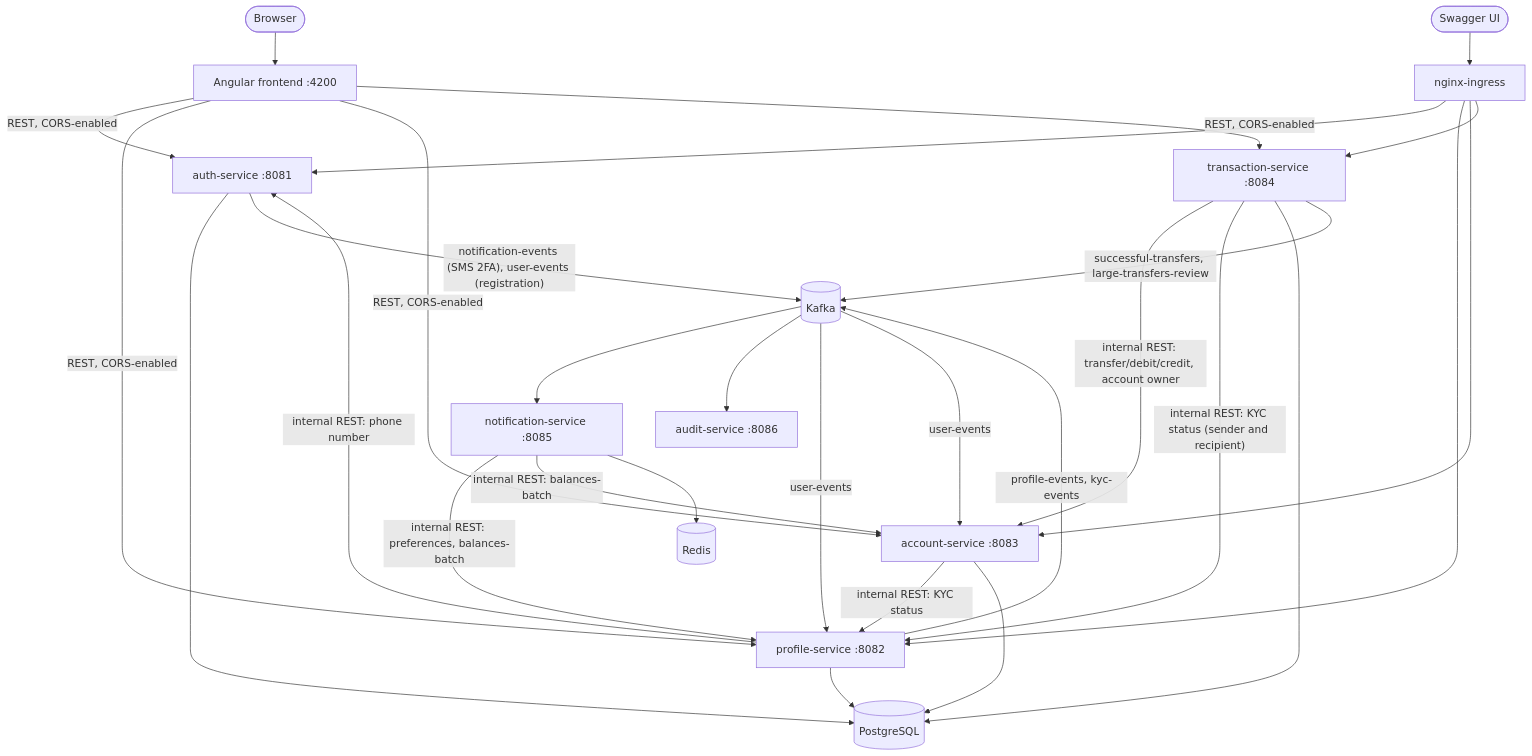
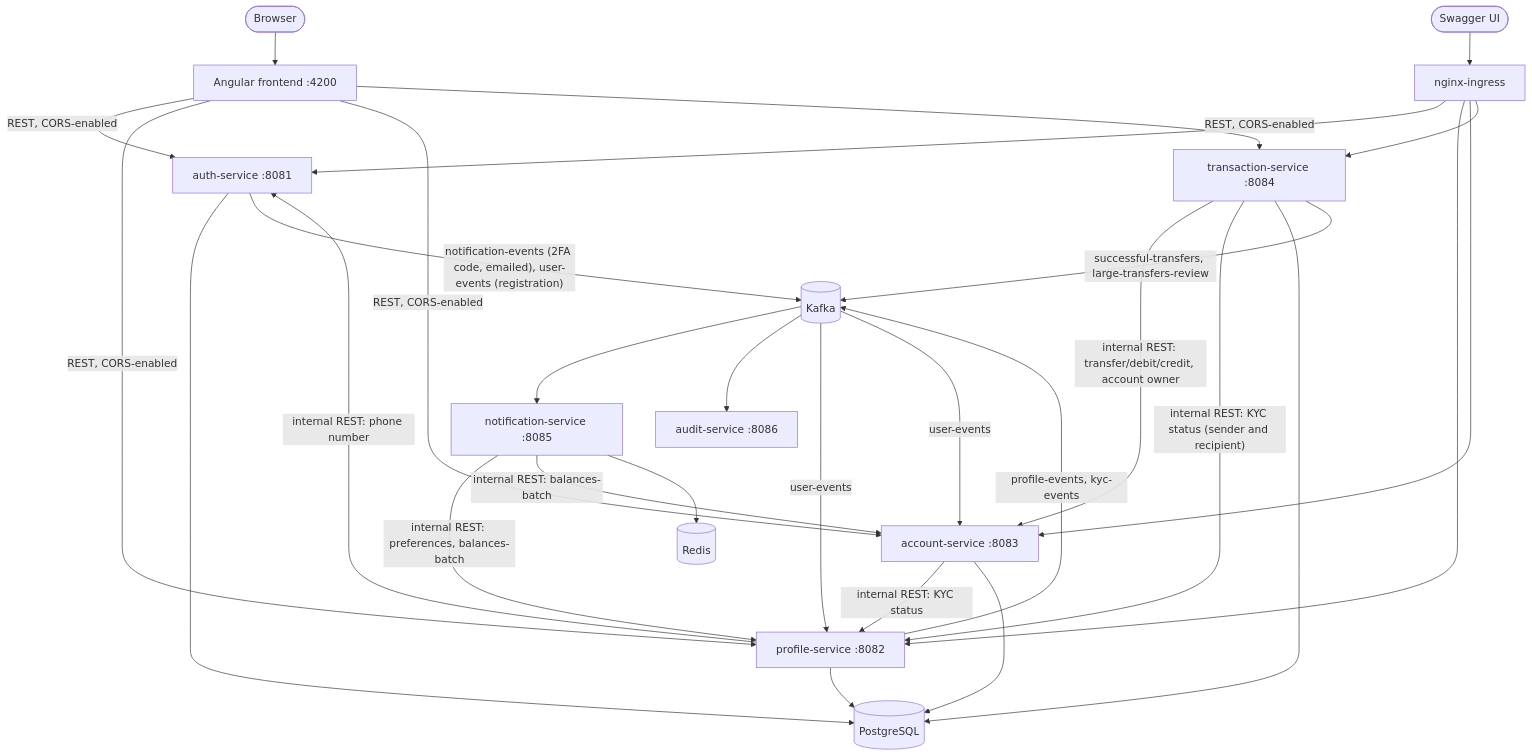
One commit to Kattempudi-John/banking-app-microservices changed the diagram in README.md. Above: the diagram before and after it, drawn with Mermaid. The commit also changed other lines of this file and 32 other files, not shown here.

````diff
--- a/README.md
+++ b/README.md
@@ -7,51 +7,51 @@
 ```mermaid
 graph TD
     Browser([Browser])
     Frontend[Angular frontend :4200]
     Client([Swagger UI])
     Ingress[nginx-ingress]
 
     Auth[auth-service :8081]
     Profile[profile-service :8082]
     Account[account-service :8083]
     Txn[transaction-service :8084]
     Notif[notification-service :8085]
     Audit[audit-service :8086]
 
     PG[(PostgreSQL)]
     Kafka[(Kafka)]
     Redis[(Redis)]
 
     Browser --> Frontend
     Frontend -- "REST, CORS-enabled" --> Auth
     Frontend -- "REST, CORS-enabled" --> Profile
     Frontend -- "REST, CORS-enabled" --> Account
     Frontend -- "REST, CORS-enabled" --> Txn
     Client --> Ingress
     Ingress --> Auth
     Ingress --> Profile
     Ingress --> Account
     Ingress --> Txn
 
     Txn -- "internal REST: transfer/debit/credit, account owner" --> Account
     Txn -- "internal REST: KYC status (sender and recipient)" --> Profile
     Account -- "internal REST: KYC status" --> Profile
     Profile -- "internal REST: phone number" --> Auth
     Notif -- "internal REST: preferences, balances-batch" --> Profile
     Notif -- "internal REST: balances-batch" --> Account
 
     Auth --> PG
     Profile --> PG
     Account --> PG
     Txn --> PG
 
     Profile -- "profile-events, kyc-events" --> Kafka
     Txn -- "successful-transfers, large-transfers-review" --> Kafka
-    Auth -- "notification-events (SMS 2FA), user-events (registration)" --> Kafka
+    Auth -- "notification-events (2FA code, emailed), user-events (registration)" --> Kafka
     Kafka --> Notif
     Kafka --> Audit
     Kafka -- "user-events" --> Profile
     Kafka -- "user-events" --> Account
 
     Notif --> Redis
 ```
````
